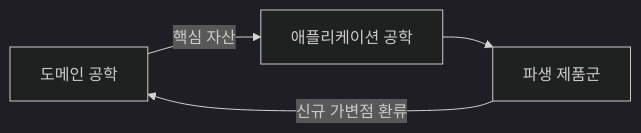
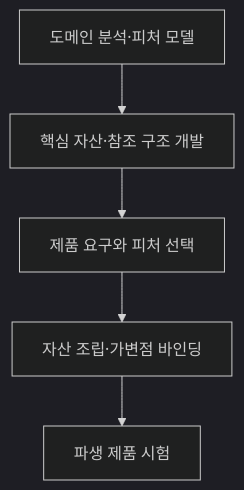
One commit to agnusdei1207/study changed the second of 2 diagrams in src/content/docs/notes/itpe/02-software-engineering/104_product_line_engineering.md. Above: the diagram before and after it, drawn with Mermaid (dark theme). The commit also changed other lines of this file and 31 other files, not shown here.

````diff
--- a/src/content/docs/notes/itpe/02-software-engineering/104_product_line_engineering.md
+++ b/src/content/docs/notes/itpe/02-software-engineering/104_product_line_engineering.md
@@ -57,5 +98,7 @@
 ```mermaid
-flowchart LR
-    D["도메인 공학"] -->|핵심 자산| P["애플리케이션 공학"] --> F["파생 제품군"]
-    F -->|신규 가변점 환류| D
+flowchart TD
+    A["도메인 분석·피처 모델"] --> B["핵심 자산·참조 구조 개발"]
+    B --> C["제품 요구와 피처 선택"]
+    C --> D["자산 조립·가변점 바인딩"]
+    D --> E["파생 제품 시험"]
 ```
````
